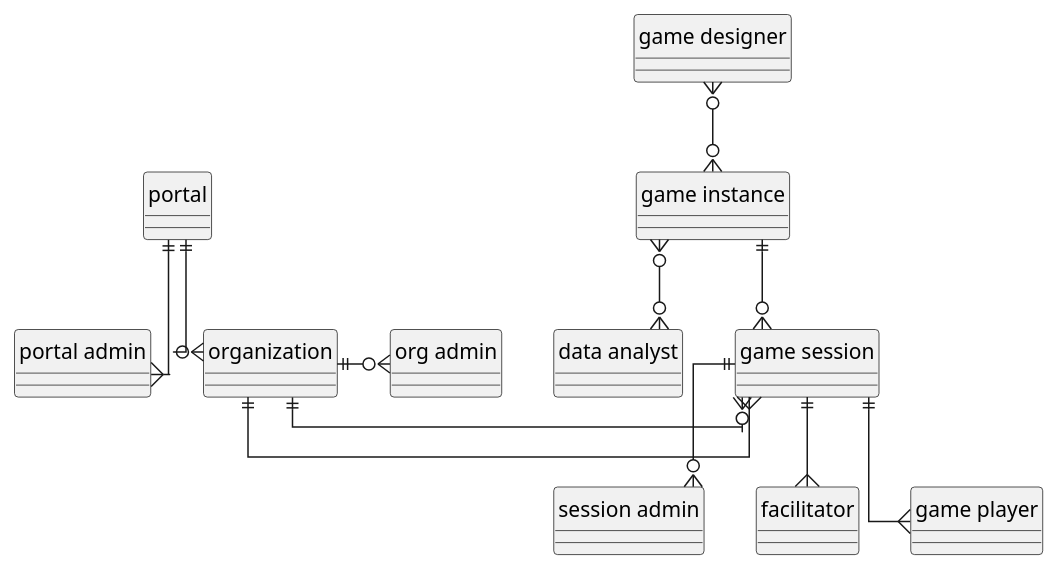
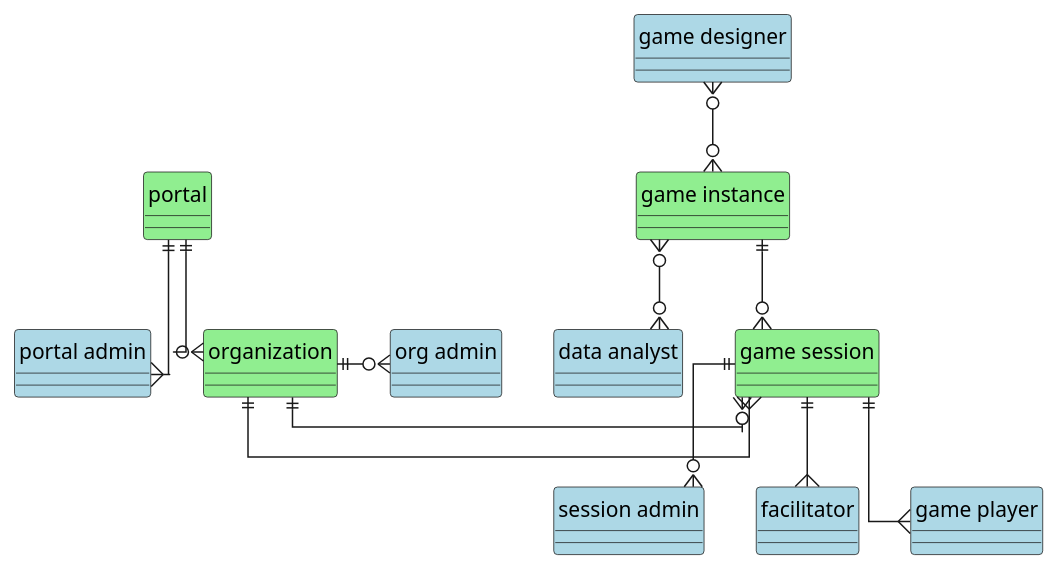
Before and after one commit to averbraeck/gscg-design: the diagram in doc/1-scope/diagrams/stakeholders.puml, drawn with PlantUML.

Commit message:
colored stakeholder / entity map

```diff
--- a/doc/1-scope/diagrams/stakeholders.puml
+++ b/doc/1-scope/diagrams/stakeholders.puml
@@ -1,34 +1,34 @@
 @startuml
 
 ' config
 hide circle
 skinparam linetype ortho
 
 ' objects
-entity "portal" as portal { }
-entity "organization" as organization { }
-entity "game instance" as game { }
-entity "game session" as session { }
+entity "portal" as portal #back:lightgreen
+entity "organization" as organization #back:lightgreen
+entity "game instance" as game #back:lightgreen
+entity "game session" as session #back:lightgreen
 
-entity "portal admin" as padmin { }
-entity "org admin" as oadmin { } 
-entity "session admin" as sadmin { }
-entity "game designer" as designer { }
-entity "facilitator" as facilitator { }
-entity "data analyst" as analyst { }
-entity "game player" as player { }
+entity "portal admin" as padmin #back:lightblue
+entity "org admin" as oadmin #back:lightblue 
+entity "session admin" as sadmin #back:lightblue
+entity "game designer" as designer #back:lightblue
+entity "facilitator" as facilitator #back:lightblue
+entity "data analyst" as analyst #back:lightblue
+entity "game player" as player #back:lightblue
 
 ' relations
 game ||--o{ session
 portal ||--{ padmin
 portal ||--o{ organization
 organization ||-o{ oadmin
 organization ||-o{ session
 session ||--{ player
 session ||--{ facilitator
 session ||--o{ sadmin
 organization ||--{ session
 designer }o--o{ game
 game }o--o{ analyst
 
 @enduml
```
